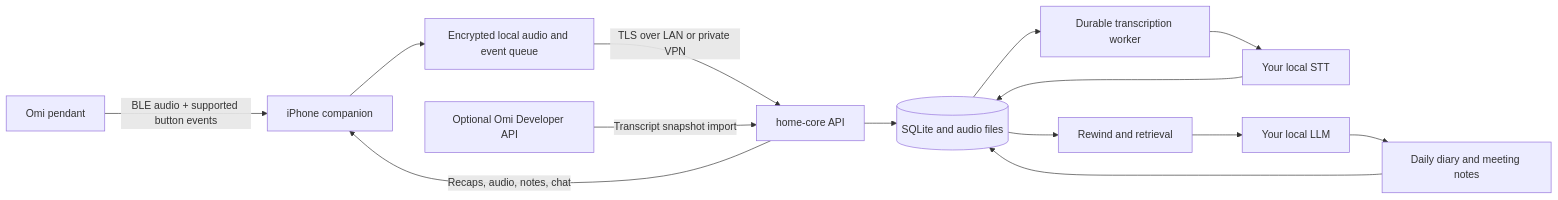
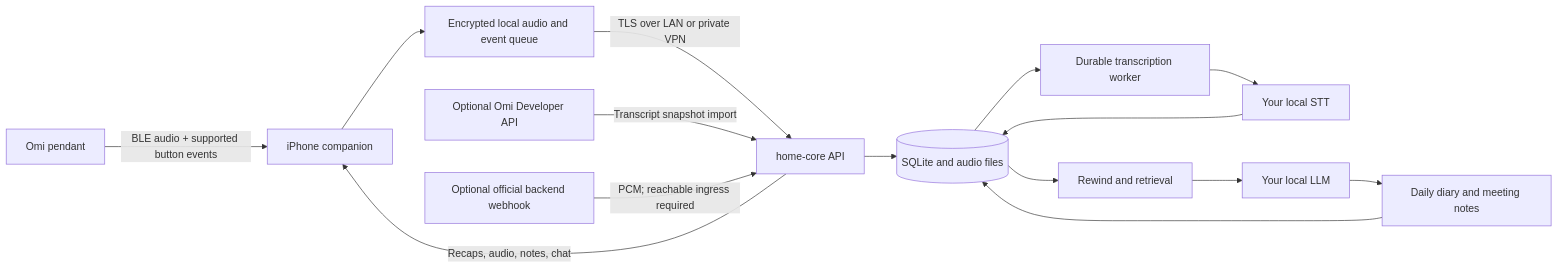
Before and after one commit to madslundt/Daythread: the diagram in docs/architecture.md, drawn with Mermaid. The commit also changed other lines of this file and 56 other files, not shown here.

````diff
--- a/docs/architecture.md
+++ b/docs/architecture.md
@@ -9,16 +9,17 @@
 ```mermaid
 flowchart LR
     O[Omi pendant] -->|BLE audio + supported button events| P[iPhone companion]
     P --> Q[Encrypted local audio and event queue]
     Q -->|TLS over LAN or private VPN| A[home-core API]
     A --> D[(SQLite and audio files)]
     C[Optional Omi Developer API] -->|Transcript snapshot import| A
+    F[Optional official backend webhook] -->|PCM; reachable ingress required| A
     D --> W[Durable transcription worker]
     W --> S[Your local STT]
     S --> D
     D --> R[Rewind and retrieval]
     R --> L[Your local LLM]
     L --> J[Daily diary and meeting notes]
     J --> D
     A -->|Recaps, audio, notes, chat| P
 ```
````
